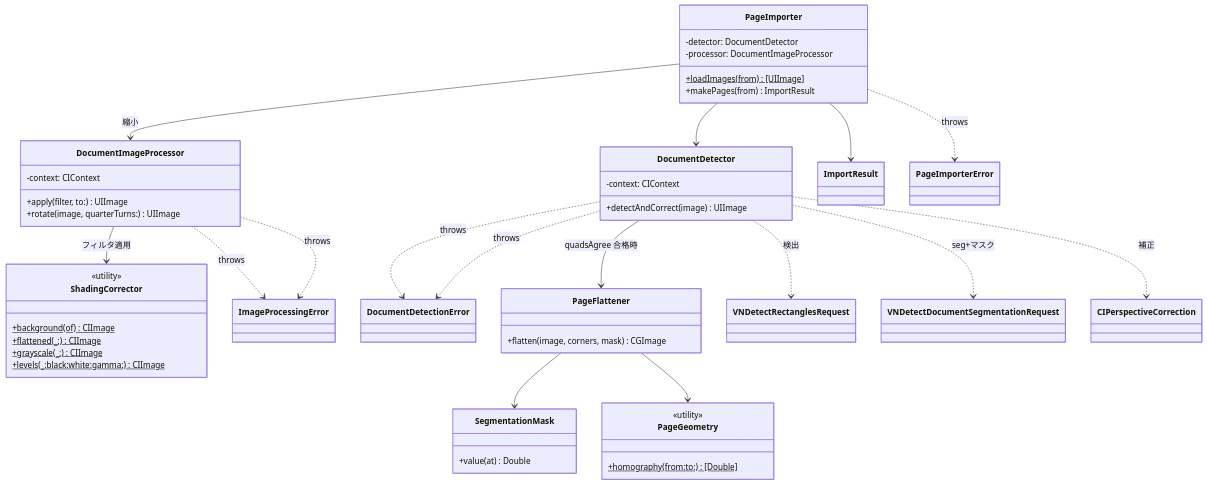
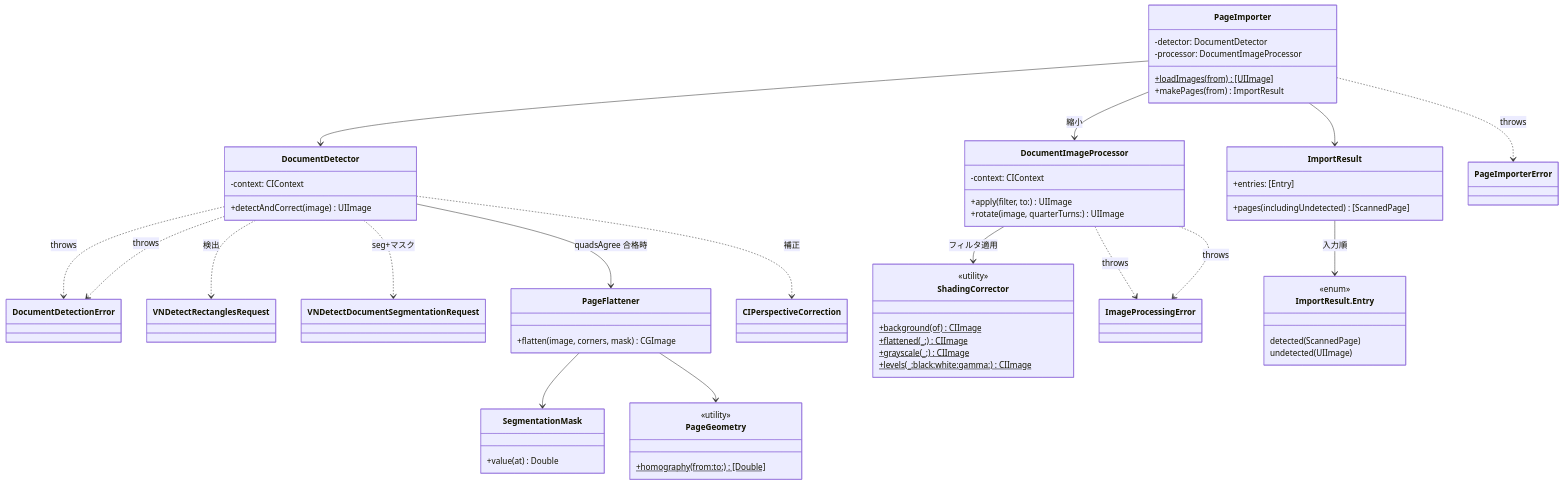
One commit to gomurin0428/DocScanner changed the first of 2 diagrams in DocScanner/Processing/README.md. Above: the diagram before and after it, drawn with Mermaid. The commit also changed other lines of this file and 22 other files, not shown here.

````diff
--- a/DocScanner/Processing/README.md
+++ b/DocScanner/Processing/README.md
@@ -43,50 +44,60 @@
 ```mermaid
 classDiagram
     class DocumentImageProcessor {
         -context: CIContext
         +apply(filter, to:) UIImage
         +rotate(image, quarterTurns:) UIImage
     }
     class DocumentDetector {
         -context: CIContext
         +detectAndCorrect(image) UIImage
     }
     class ShadingCorrector {
         <<utility>>
         +background(of)$ CIImage
         +flattened(_:)$ CIImage
         +grayscale(_:)$ CIImage
         +levels(_:black:white:gamma:)$ CIImage
     }
     DocumentImageProcessor --> ShadingCorrector : フィルタ適用
     DocumentImageProcessor ..> ImageProcessingError : throws
     DocumentDetector ..> DocumentDetectionError : throws
     class PageImporter {
         -detector: DocumentDetector
         -processor: DocumentImageProcessor
         +loadImages(from)$ [UIImage]
         +makePages(from) ImportResult
     }
+    class ImportResult {
+        +entries: [Entry]
+        +pages(includingUndetected) [ScannedPage]
+    }
+    class ImportResult.Entry {
+        <<enum>>
+        detected(ScannedPage)
+        undetected(UIImage)
+    }
     DocumentImageProcessor ..> ImageProcessingError : throws
     DocumentDetector ..> DocumentDetectionError : throws
     class PageFlattener {
         +flatten(image, corners, mask) CGImage
     }
     class SegmentationMask {
         +value(at) Double
     }
     class PageGeometry {
         <<utility>>
         +homography(from:to:)$ [Double]
     }
     DocumentDetector ..> VNDetectRectanglesRequest : 検出
     DocumentDetector ..> VNDetectDocumentSegmentationRequest : seg+マスク
     DocumentDetector --> PageFlattener : quadsAgree 合格時
     PageFlattener --> SegmentationMask
     PageFlattener --> PageGeometry
     DocumentDetector ..> CIPerspectiveCorrection : 補正
     PageImporter --> DocumentDetector
     PageImporter --> DocumentImageProcessor : 縮小
     PageImporter --> ImportResult
+    ImportResult --> ImportResult.Entry : 入力順
     PageImporter ..> PageImporterError : throws
 ```
````
